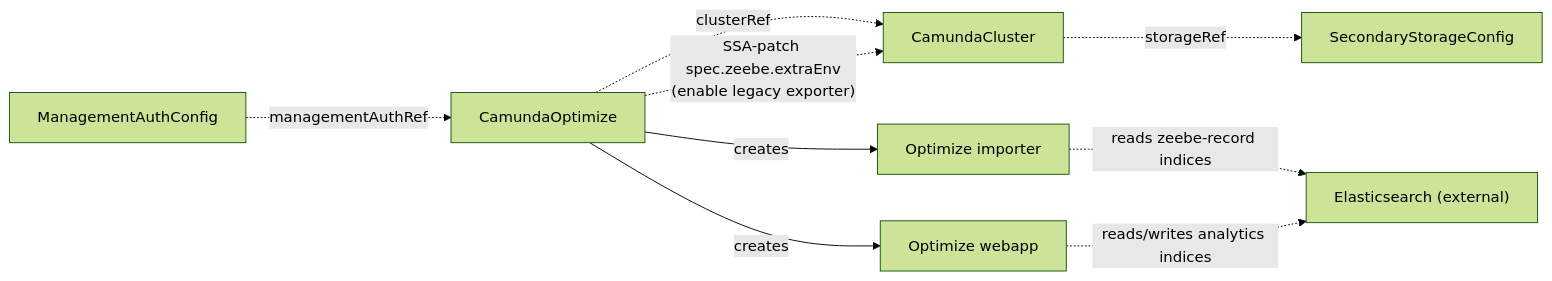
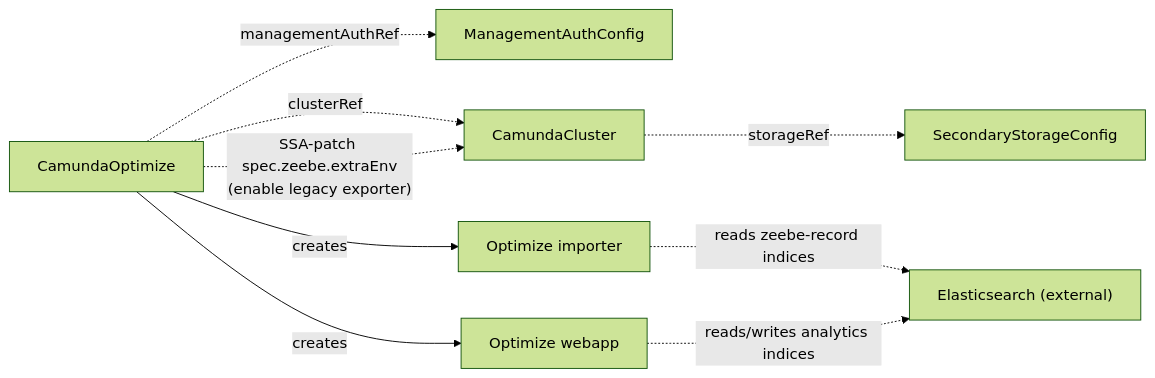
Before and after one commit to konsole-is/camunda-operator: the diagram in docs/crds/camundaoptimize.md, drawn with Mermaid (forest theme). The commit also changed 1 other file, not shown here.

Commit message:
docs: point dotted diagram edges from referencing CR to referenced CR (#7)

````diff
--- a/docs/crds/camundaoptimize.md
+++ b/docs/crds/camundaoptimize.md
@@ -31,11 +31,11 @@
 ```mermaid
 graph LR
-    MAC[ManagementAuthConfig] -.->|managementAuthRef| OPT[CamundaOptimize]
+    OPT[CamundaOptimize] -.->|managementAuthRef| MAC[ManagementAuthConfig]
     OPT -.->|clusterRef| CC[CamundaCluster]
     OPT -.->|"SSA-patch spec.zeebe.extraEnv<br/>(enable legacy exporter)"| CC
     CC -.->|storageRef| SSC[SecondaryStorageConfig]
     OPT -->|creates| WA[Optimize webapp]
     OPT -->|creates| IMP[Optimize importer]
     IMP -.->|"reads zeebe-record indices"| ES["Elasticsearch (external)"]
     WA -.->|"reads/writes analytics indices"| ES
 ```
````
